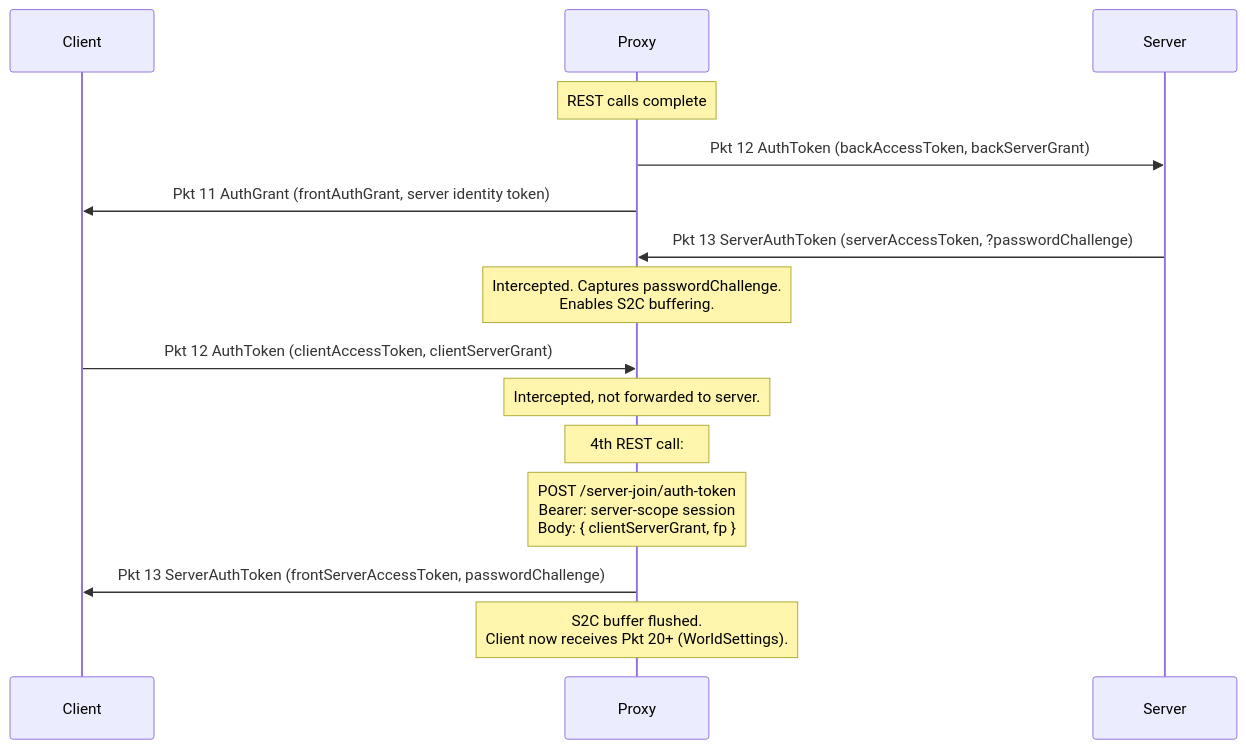
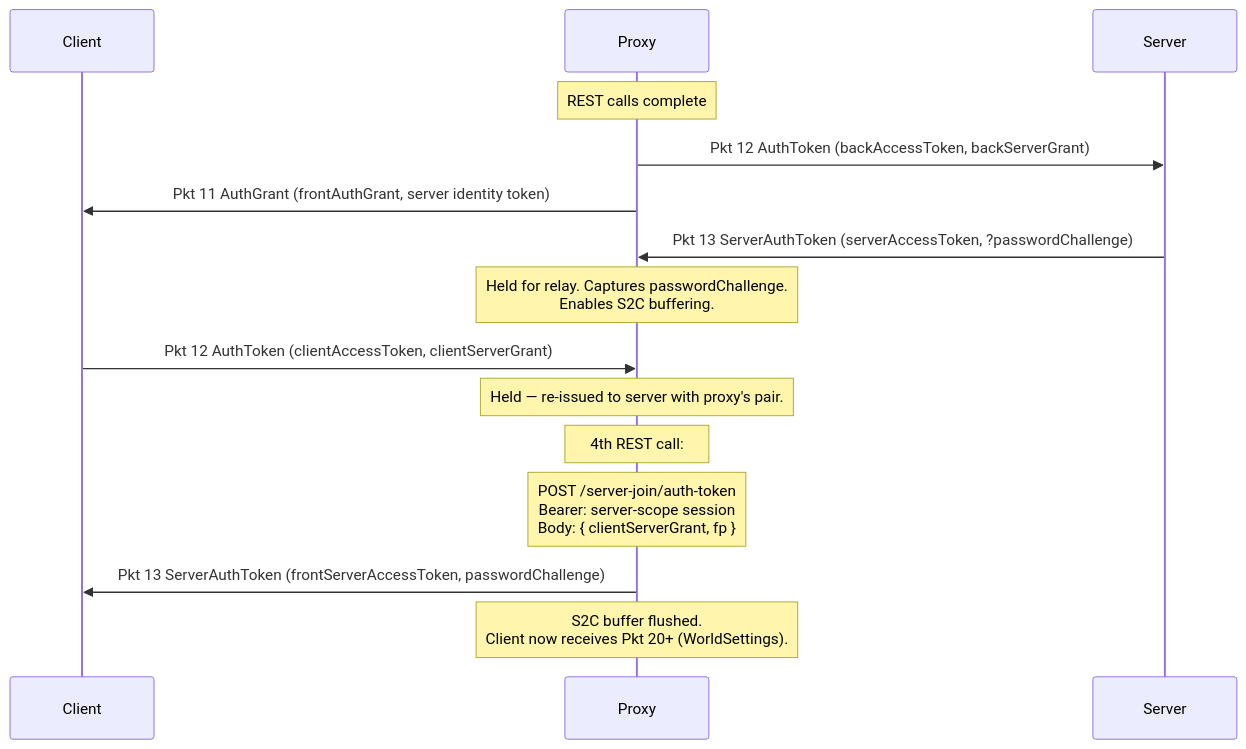
The third of 3 diagrams in docs/architecture.md (hyspy-dev/meridian-proxy), drawn with Mermaid before and after one commit. The commit also changed other lines of this file and 10 other files, not shown here.

````diff
--- a/docs/architecture.md
+++ b/docs/architecture.md
@@ -127,21 +128,21 @@
 ```mermaid
 sequenceDiagram
     participant C as Client
     participant P as Proxy
     participant S as Server
 
     Note over P: REST calls complete
 
     P->>S: Pkt 12 AuthToken (backAccessToken, backServerGrant)
     P->>C: Pkt 11 AuthGrant (frontAuthGrant, server identity token)
     S->>P: Pkt 13 ServerAuthToken (serverAccessToken, ?passwordChallenge)
-    Note over P: Intercepted. Captures passwordChallenge.<br/>Enables S2C buffering.
+    Note over P: Held for relay. Captures passwordChallenge.<br/>Enables S2C buffering.
     C->>P: Pkt 12 AuthToken (clientAccessToken, clientServerGrant)
-    Note over P: Intercepted, not forwarded to server.
+    Note over P: Held — re-issued to server with proxy's pair.
 
     Note over P: 4th REST call:
     Note over P: POST /server-join/auth-token<br/>Bearer: server-scope session<br/>Body: { clientServerGrant, fp }
 
     P->>C: Pkt 13 ServerAuthToken (frontServerAccessToken, passwordChallenge)
     Note over P: S2C buffer flushed.<br/>Client now receives Pkt 20+ (WorldSettings).
 ```
````
